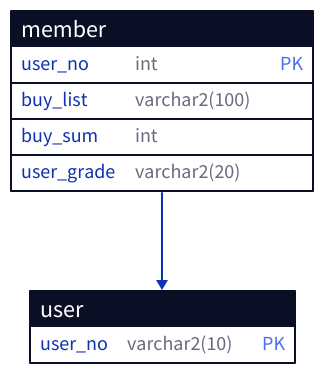
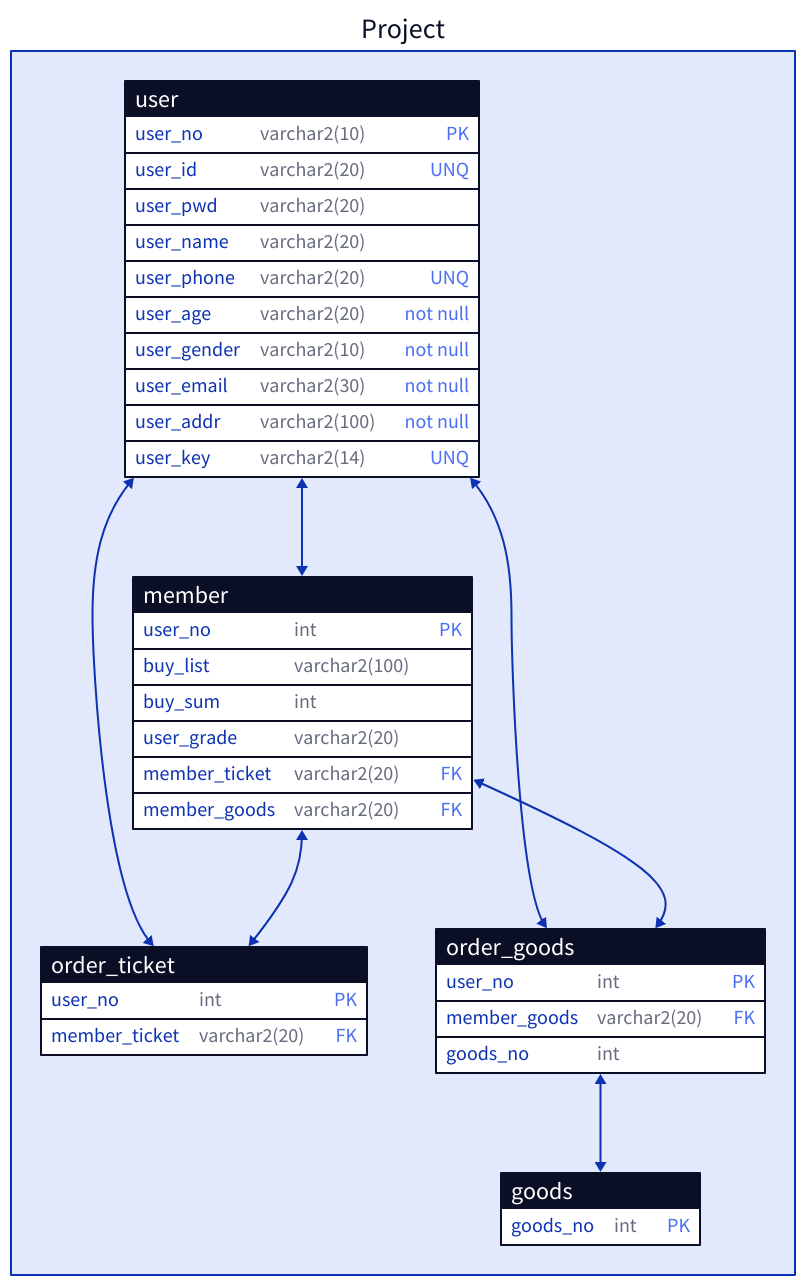
The diagram in entyti.d2 (impwy/Test), drawn with D2 before and after one commit.

Commit message:
no message

```diff
--- a/entyti.d2
+++ b/entyti.d2
@@ -1,17 +1,56 @@
-member:{
-    shape:sql_table
+Project:{
+    
+    """ 멤버쉽 테이블 """
+    member:{
+        shape:sql_table
+        
+        user_no:int{constraint:primary_key}
+        buy_list:varchar2(100)
+        buy_sum:int
+        user_grade:varchar2(20)
+        member_ticket:varchar2(20){constraint:foreign_key}
+        member_goods:varchar2(20){constraint:foreign_key}
+        
+    }
+    """ 회원 테이블 """
+    user:{
+        shape:sql_table
+        
+        user_no:varchar2(10){constraint:primary_key}
+        user_id:varchar2(20){constraint:unique}
+        user_pwd:varchar2(20)
+        user_name:varchar2(20)
+        user_phone:varchar2(20){constraint:unique}
+        user_age:varchar2(20){constraint:not null}
+        user_gender:varchar2(10){constraint:not null}
+        user_email:varchar2(30){constraint:not null}
+        user_addr:varchar2(100){constraint:not null}
+        user_key:varchar2(14){constraint:unique}
 
-    user_no:int{constraint:primary_key}
-    buy_list:varchar2(100)
-    buy_sum:int
-    user_grade:varchar2(20)
+    }
+    order_ticket:{
+        shape:sql_table
 
+        user_no:int{constraint:primary_key}
+        member_ticket:varchar2(20){constraint:foreign_key}
+    }
+    order_goods:{
+        shape:sql_table
+
+        user_no:int{constraint:primary_key}
+        member_goods:varchar2(20){constraint:foreign_key}
+        goods_no:int
+    }
+    goods{
+        shape:sql_table
+        goods_no:int{constraint:primary_key}
+    }
+    user.user_no <-> member.user_no
+    user.user_no <-> order_ticket.user_no
+    user.user_no <-> order_goods.user_no
+
+    member.member_goods <-> order_goods.member_goods
+    member.member_ticket <-> order_ticket.member_ticket
+
+    order_goods.goods_no <-> goods.goods_no
 }
-
-user:{
-    shape:sql_table
-
-    user_no:varchar2(10){constraint:primary_key}
-}
-
-member.user_no -> user.user_no
```
